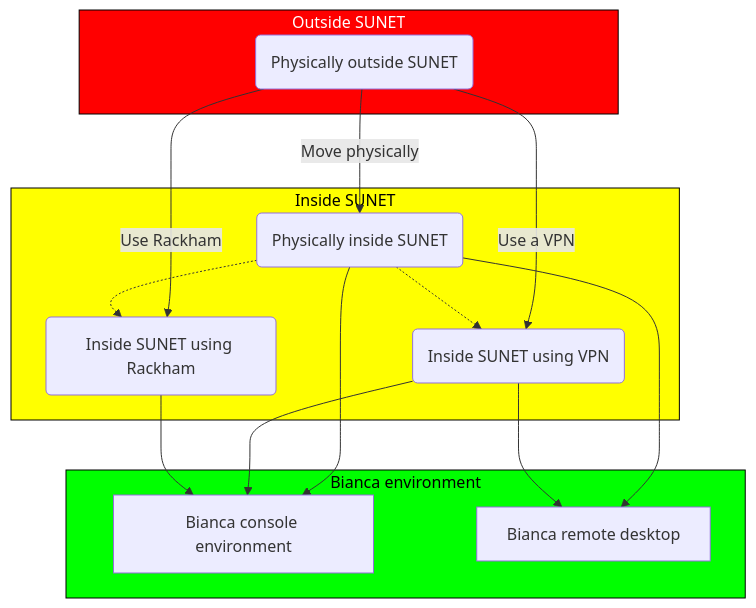
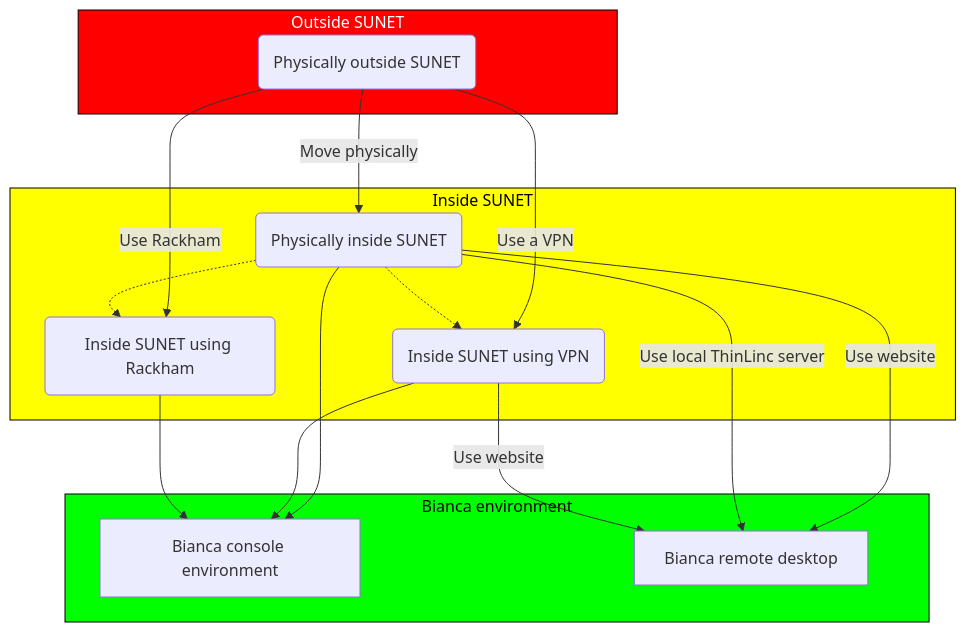
The diagram in docs/login_bianca.md (UPPMAX/bianca_workshop), drawn with Mermaid before and after one commit.

Commit message:
Can use ThinLinc server

````diff
--- a/docs/login_bianca.md
+++ b/docs/login_bianca.md
@@ -12,34 +12,35 @@
 ```mermaid
 flowchart TD
 
     subgraph sub_outside[Outside SUNET]
       outside(Physically outside SUNET)
     end    
     style sub_outside fill:#f00,color:#fff,stroke:#000
 
     subgraph sub_inside[Inside SUNET]
       physically_inside(Physically inside SUNET)
       inside_using_vpn(Inside SUNET using VPN)
       inside_using_rackham(Inside SUNET using Rackham)
     end
     style sub_inside fill:#ff0,color:#000,stroke:#000
 
     subgraph sub_bianca_env[Bianca environment]
       bianca_console[Bianca console environment]
       bianca_remote_desktop[Bianca remote desktop] 
       %% style bianca_console fill:#000,color:#0f0,stroke:#000
       %% style bianca_remote_desktop fill:#bbf,color:#fff,stroke:#00f
     end
     style sub_bianca_env fill:#0f0,color:#000,stroke:#000
 
     outside-->|Move physically|physically_inside
     outside-->|Use a VPN|inside_using_vpn
     outside-->|Use Rackham|inside_using_rackham
     physically_inside-->bianca_console
-    physically_inside-->bianca_remote_desktop
+    physically_inside-->|Use website|bianca_remote_desktop
+    physically_inside-->|Use local ThinLinc server|bianca_remote_desktop
     physically_inside-.->inside_using_rackham
     physically_inside-.->inside_using_vpn
     inside_using_vpn-->bianca_console
-    inside_using_vpn-->bianca_remote_desktop
+    inside_using_vpn-->|Use website|bianca_remote_desktop
     inside_using_rackham-->bianca_console
 ```
````
